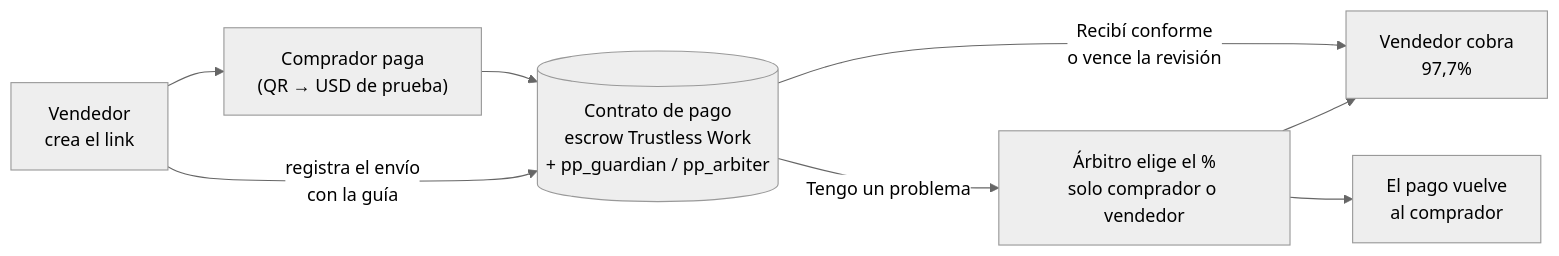
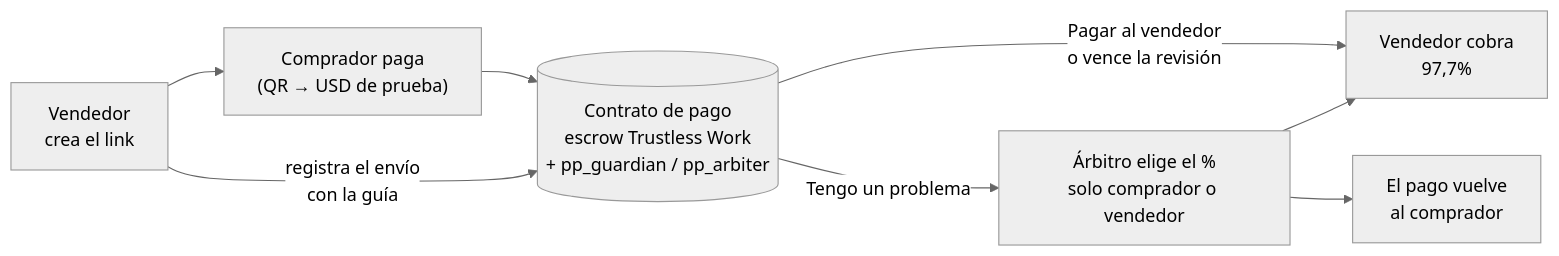
Before and after one commit to haneiva1/pago-protegido: the diagram in README.md, drawn with Mermaid (neutral theme). The commit also changed other lines of this file and 28 other files, not shown here.

````diff
--- a/README.md
+++ b/README.md
@@ -18,10 +18,10 @@
 ```mermaid
 flowchart LR
   V["Vendedor<br/>crea el link"] --> C["Comprador paga<br/>(QR → USD de prueba)"]
   C --> E[("Contrato de pago<br/>escrow Trustless Work<br/>+ pp_guardian / pp_arbiter")]
   V -->|"registra el envío<br/>con la guía"| E
-  E -->|"Recibí conforme<br/>o vence la revisión"| S["Vendedor cobra<br/>97,7%"]
+  E -->|"Pagar al vendedor<br/>o vence la revisión"| S["Vendedor cobra<br/>97,7%"]
   E -->|"Tengo un problema"| A["Árbitro elige el %<br/>solo comprador o vendedor"]
   A --> S
   A --> B["El pago vuelve<br/>al comprador"]
 ```
````
